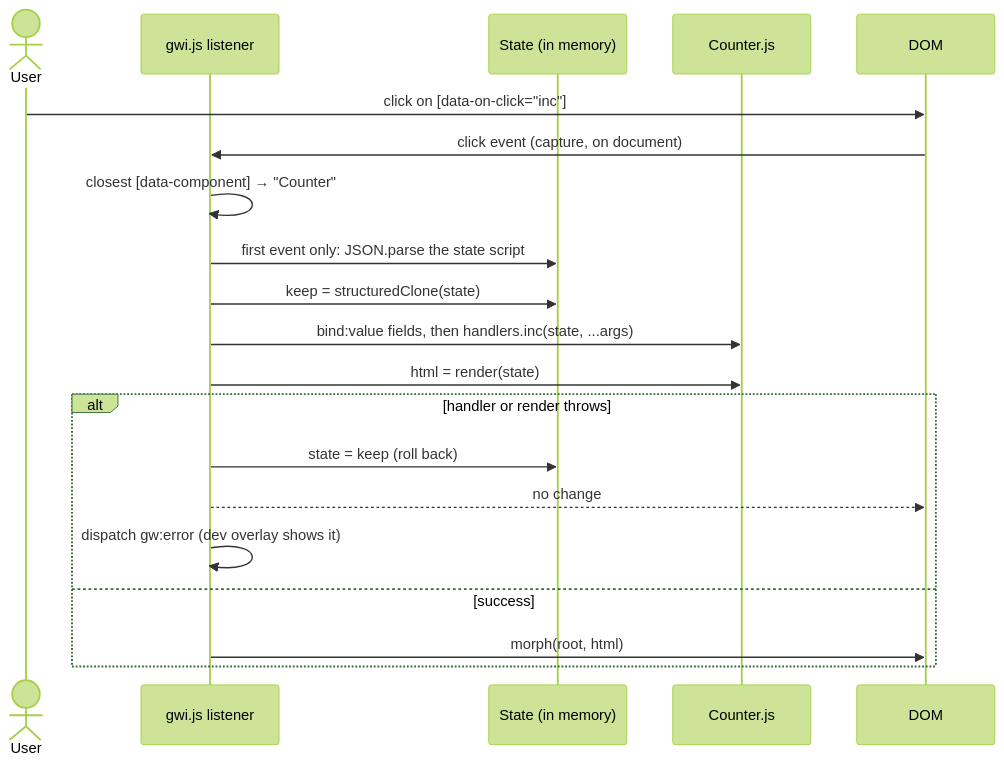
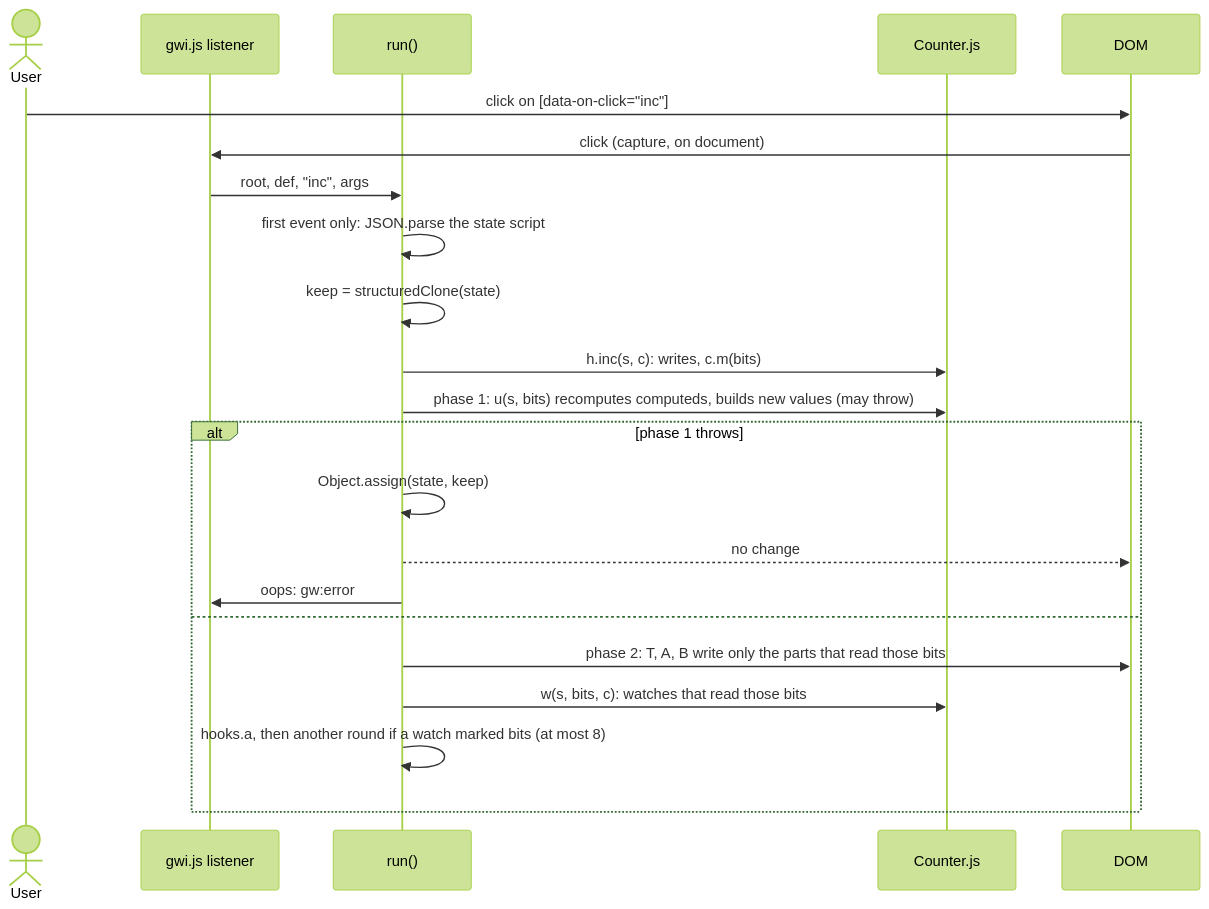
One commit to josephheinz/goose-web changed the third of 5 diagrams in docs/ARCHITECTURE.md. Above: the diagram before and after it, drawn with Mermaid (forest theme). The commit also changed other lines of this file and 2 other files, not shown here.

Commit message:
docs: architecture, README and changelog for the reactivity branch

````diff
--- a/docs/ARCHITECTURE.md
+++ b/docs/ARCHITECTURE.md
@@ -149,23 +197,25 @@
 ```mermaid
 sequenceDiagram
     actor U as User
     participant L as gwi.js listener
-    participant S as State (in memory)
+    participant R as run()
     participant N as Counter.js
     participant DOM
 
     U->>DOM: click on [data-on-click="inc"]
-    DOM->>L: click event (capture, on document)
-    L->>L: closest [data-component] → "Counter"
-    L->>S: first event only: JSON.parse the state script
-    L->>S: keep = structuredClone(state)
-    L->>N: bind:value fields, then handlers.inc(state, ...args)
-    L->>N: html = render(state)
-    alt handler or render throws
-        L->>S: state = keep (roll back)
-        L-->>DOM: no change
-        L->>L: dispatch gw:error (dev overlay shows it)
-    else success
-        L->>DOM: morph(root, html)
+    DOM->>L: click (capture, on document)
+    L->>R: root, def, "inc", args
+    R->>R: first event only: JSON.parse the state script
+    R->>R: keep = structuredClone(state)
+    R->>N: h.inc(s, c): writes, c.m(bits)
+    R->>N: phase 1: u(s, bits) recomputes computeds, builds new values (may throw)
+    alt phase 1 throws
+        R->>R: Object.assign(state, keep)
+        R-->>DOM: no change
+        R->>L: oops: gw:error
+    else
+        R->>DOM: phase 2: T, A, B write only the parts that read those bits
+        R->>N: w(s, bits, c): watches that read those bits
+        R->>R: hooks.a, then another round if a watch marked bits (at most 8)
     end
 ```
````
